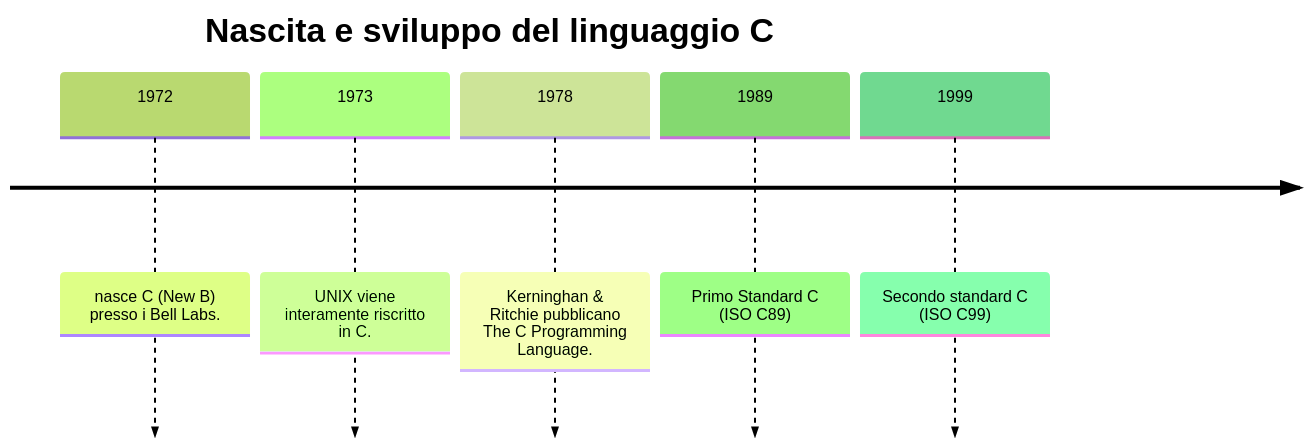
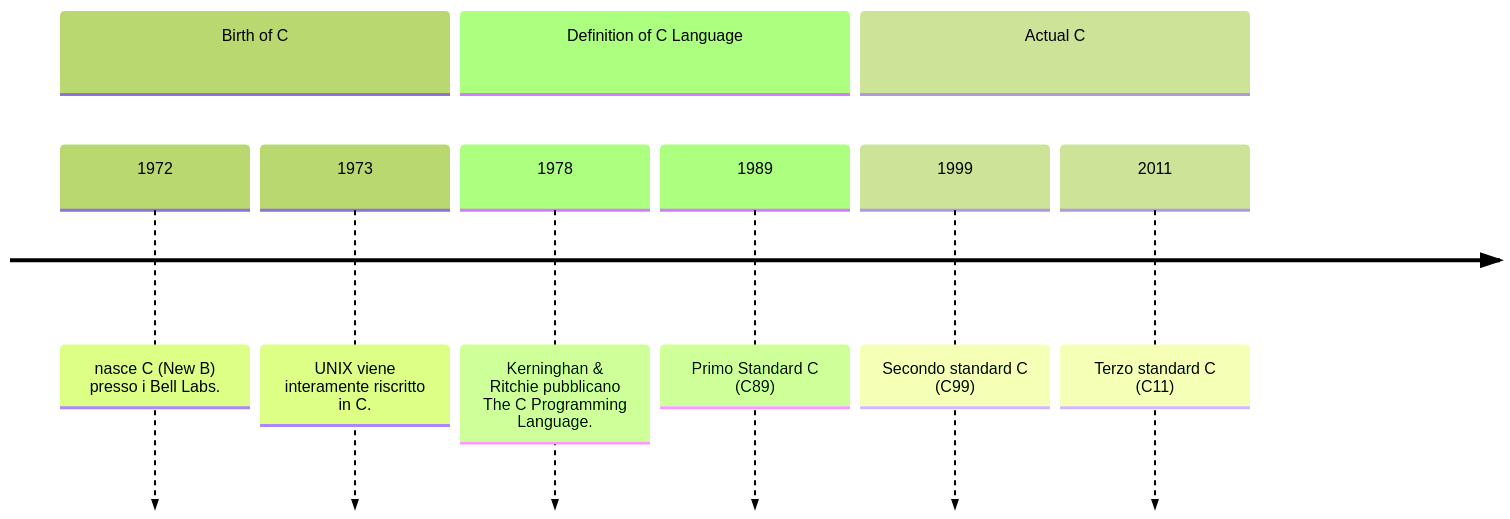
Before and after one commit to matteospanio/corso-c: the diagram in lessons/01/figures/timeline.mmd, drawn with Mermaid (forest theme). The commit also changed 6 other files, not shown here.

````diff
--- a/lessons/01/figures/timeline.mmd
+++ b/lessons/01/figures/timeline.mmd
@@ -1,9 +1,10 @@
-```{mermaid}
 timeline
-    title Nascita e sviluppo del linguaggio C
-    1972 : nasce C (New B) presso i Bell Labs.
-    1973 : UNIX viene interamente riscritto in C.
-    1978 : Kerninghan & Ritchie pubblicano The C Programming Language.
-    1989 : Primo Standard C (ISO C89)
-    1999 : Secondo standard C (ISO C99)
-```
+    section Birth of C
+        1972 : nasce C (New B) presso i Bell Labs.
+        1973 : UNIX viene interamente riscritto in C.
+    section Definition of C Language
+        1978 : Kerninghan & Ritchie pubblicano The C Programming Language.
+        1989 : Primo Standard C (C89)
+    section Actual C
+        1999 : Secondo standard C (C99)
+        2011 : Terzo standard C (C11)
````
